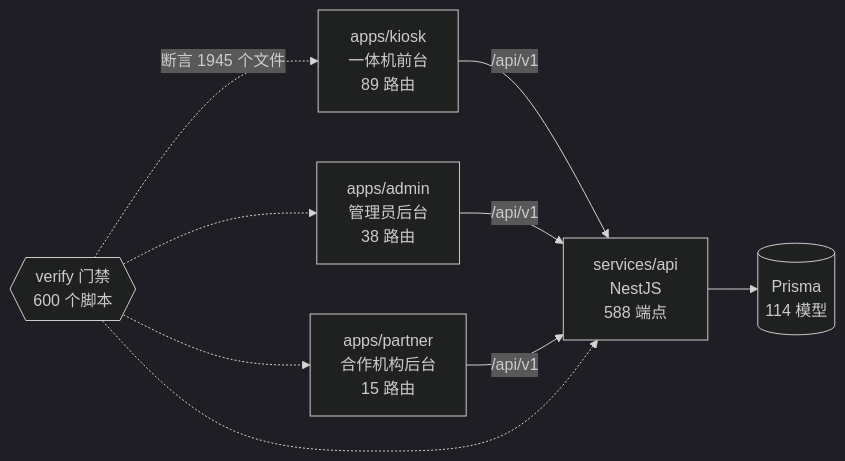
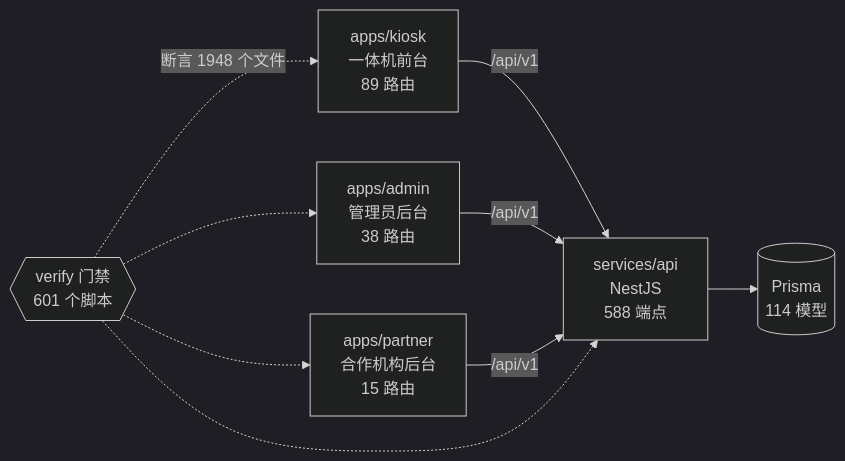
One commit to wanglei581/YITIJI changed the diagram in docs/graph/README.md. Above: the diagram before and after it, drawn with Mermaid (dark theme). The commit also changed other lines of this file and 6 other files, not shown here.

````diff
--- a/docs/graph/README.md
+++ b/docs/graph/README.md
@@ -68,18 +68,18 @@
 ```mermaid
 flowchart LR
   kiosk["apps/kiosk<br/>一体机前台<br/>89 路由"]
   admin["apps/admin<br/>管理员后台<br/>38 路由"]
   partner["apps/partner<br/>合作机构后台<br/>15 路由"]
   api["services/api<br/>NestJS<br/>588 端点"]
   db[("Prisma<br/>114 模型")]
-  gates{{"verify 门禁<br/>600 个脚本"}}
+  gates{{"verify 门禁<br/>601 个脚本"}}
 
   kiosk -->|"/api/v1"| api
   admin -->|"/api/v1"| api
   partner -->|"/api/v1"| api
   api --> db
-  gates -.->|"断言 1945 个文件"| kiosk
+  gates -.->|"断言 1948 个文件"| kiosk
   gates -.-> admin
   gates -.-> partner
   gates -.-> api
 ```
````
